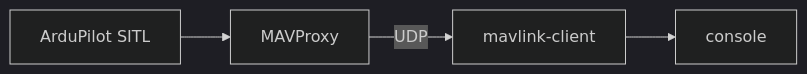
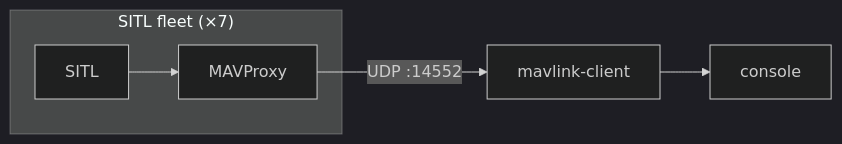
The diagram in packages/mavlink-client/README.md (sidoruk-sv/flightstack), drawn with Mermaid (dark theme) before and after one commit. The commit also changed other lines of this file and 9 other files, not shown here.

Commit message:
feat: add script to launch fleet on SITL

````diff
--- a/packages/mavlink-client/README.md
+++ b/packages/mavlink-client/README.md
@@ -5,6 +5,9 @@
 ```mermaid
 flowchart LR
-    SITL[ArduPilot SITL] --> Proxy[MAVProxy]
-    Proxy -->|UDP| Client[mavlink-client]
+    subgraph fleet["SITL fleet (×7)"]
+        SITL[SITL] --> Proxy[MAVProxy]
+    end
+
+    Proxy -->|UDP :14552| Client[mavlink-client]
     Client --> Log[console]
 ```
````
